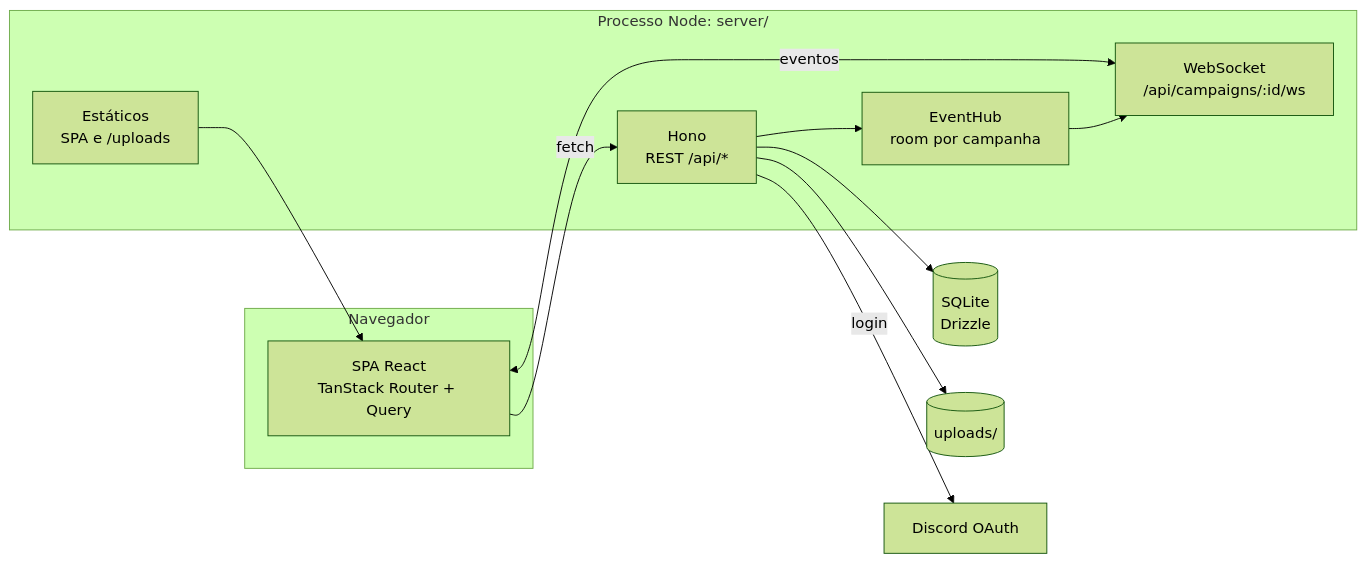
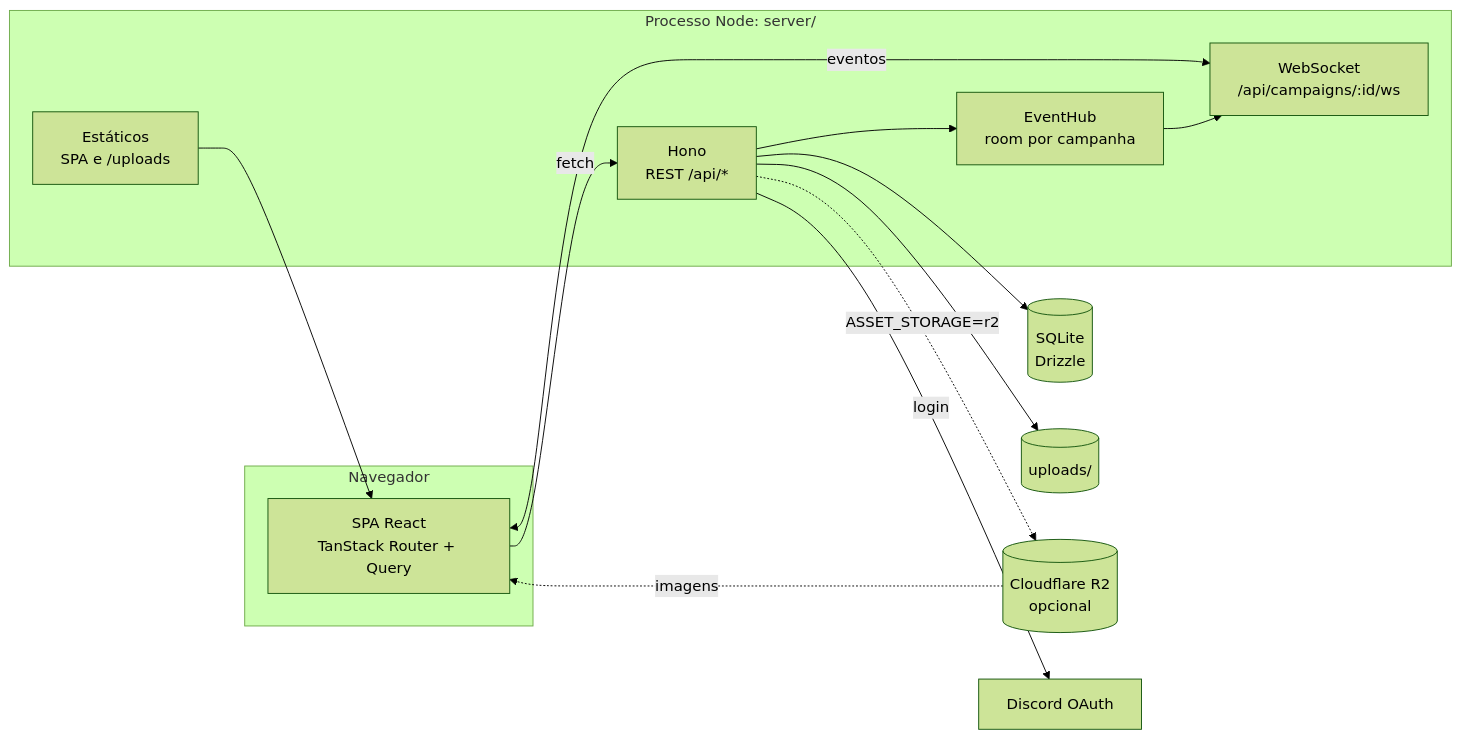
One commit to DanielTrindade/quest-fast changed the first of 2 diagrams in docs/architecture.md. Above: the diagram before and after it, drawn with Mermaid (forest theme). The commit also changed other lines of this file and 13 other files, not shown here.

````diff
--- a/docs/architecture.md
+++ b/docs/architecture.md
@@ -12,24 +14,27 @@
 ```mermaid
 flowchart LR
   subgraph browser[Navegador]
     spa[SPA React<br/>TanStack Router + Query]
   end
   subgraph node[Processo Node: server/]
     http[Hono<br/>REST /api/*]
     ws[WebSocket<br/>/api/campaigns/:id/ws]
     hub[EventHub<br/>room por campanha]
     static[Estáticos<br/>SPA e /uploads]
   end
   db[(SQLite<br/>Drizzle)]
   disk[(uploads/)]
+  r2[(Cloudflare R2<br/>opcional)]
   discord[Discord OAuth]
 
   spa -- fetch --> http
   spa <-- eventos --> ws
   http --> db
   http --> hub
   hub --> ws
   http --> disk
+  http -.->|ASSET_STORAGE=r2| r2
+  r2 -.->|imagens| spa
   http -- login --> discord
   static --> spa
 ```
````
